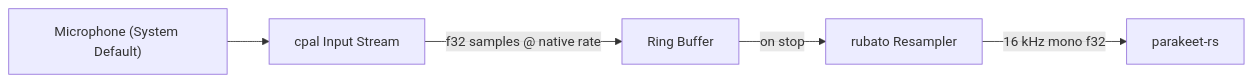
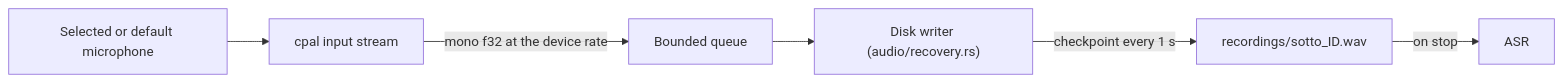
The fifth of 5 diagrams in docs/designs/architecture.md (juanqui/sottoasr), drawn with Mermaid before and after one commit. The commit also changed other lines of this file and 146 other files, not shown here.

````diff
--- a/docs/designs/architecture.md
+++ b/docs/designs/architecture.md
@@ -582,7 +454,8 @@
 ```mermaid
 flowchart LR
-    MIC["Microphone (System Default)"] --> CPAL["cpal Input Stream"]
-    CPAL -->|"f32 samples @ native rate"| BUF["Ring Buffer"]
-    BUF -->|"on stop"| RESAMPLE["rubato Resampler"]
-    RESAMPLE -->|"16 kHz mono f32"| ASR["parakeet-rs"]
+    MIC["Selected or default microphone"] --> CPAL["cpal input stream"]
+    CPAL -->|"mono f32 at the device rate"| Q["Bounded queue"]
+    Q --> W["Disk writer (audio/recovery.rs)"]
+    W -->|"checkpoint every 1 s"| WAV["recordings/sotto_ID.wav"]
+    WAV -->|"on stop"| ASR["ASR"]
 ```
````
